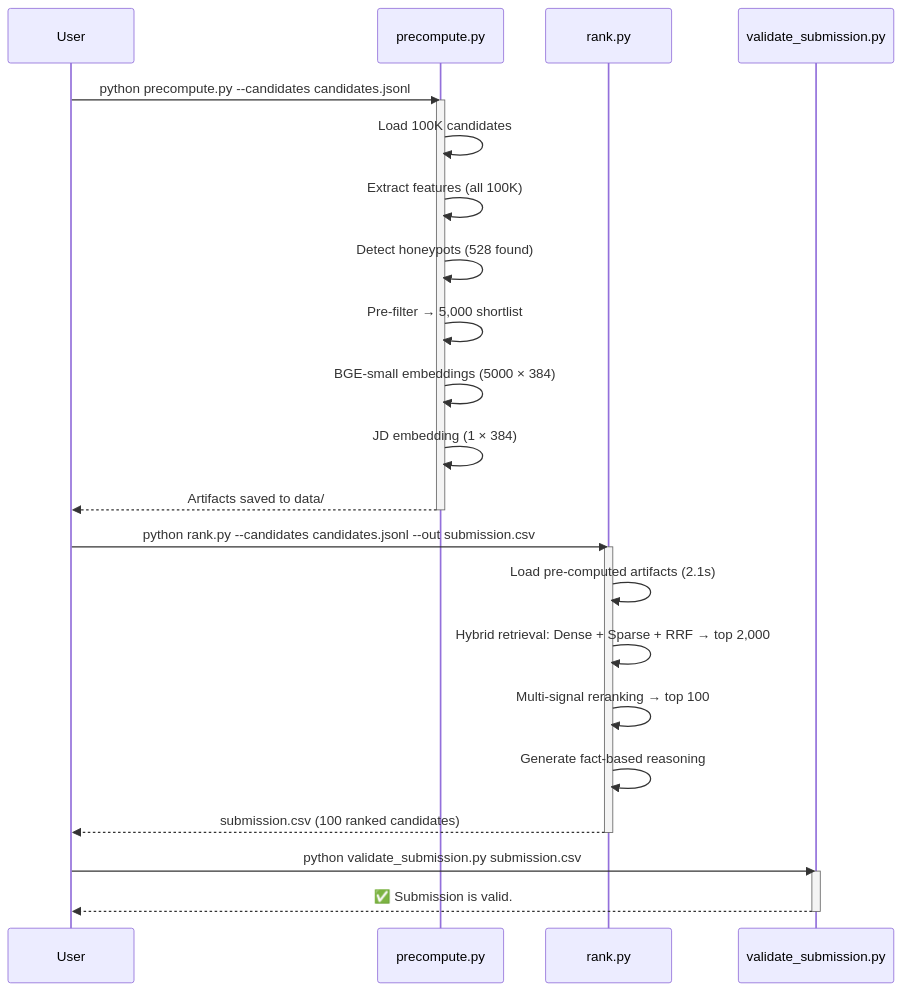
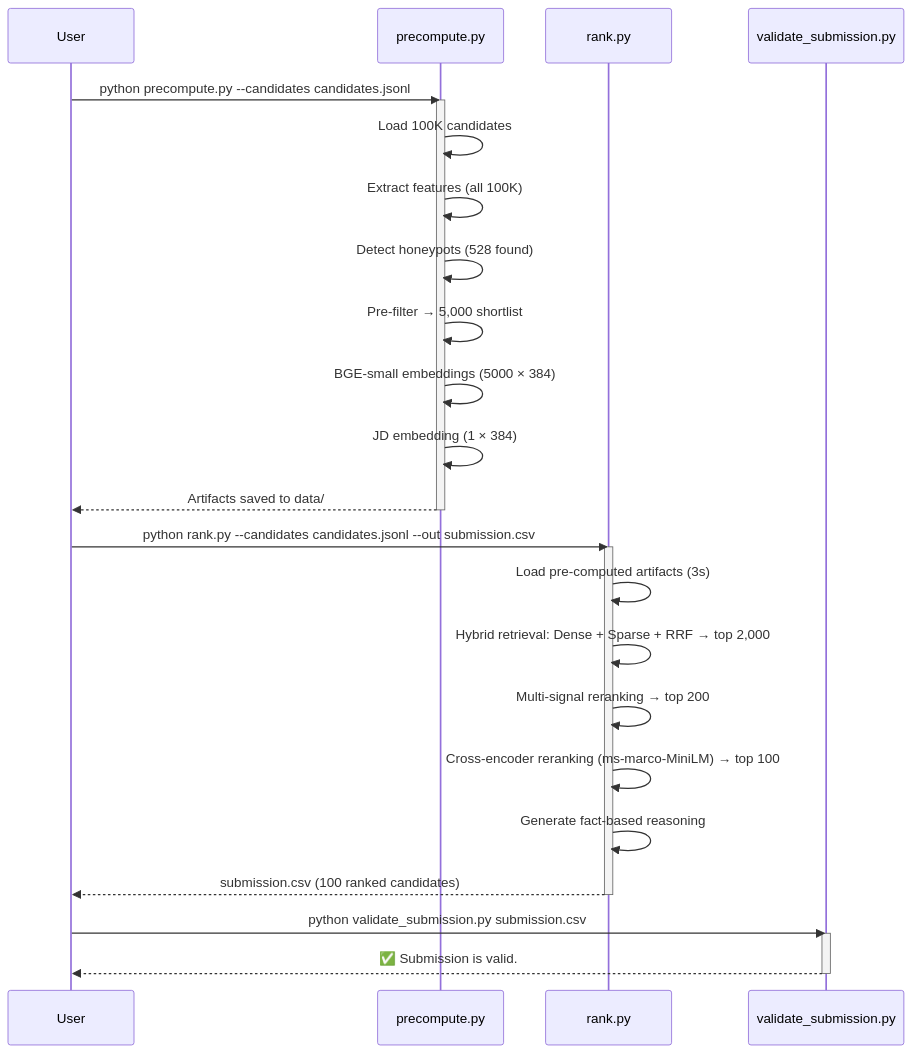
Before and after one commit to Yashraj0906/Intelligent-Candidate-Ranking-System: the fifth of 5 diagrams in README.md, drawn with Mermaid. The commit also changed other lines of this file, not shown here.

Commit message:
docs: add live demo results, HuggingFace link, cross-encoder details to README

````diff
--- a/README.md
+++ b/README.md
@@ -358,32 +388,33 @@
 ```mermaid
 sequenceDiagram
     participant U as User
     participant PC as precompute.py
     participant R as rank.py
     participant V as validate_submission.py
     
     U->>PC: python precompute.py --candidates candidates.jsonl
     activate PC
     PC->>PC: Load 100K candidates
     PC->>PC: Extract features (all 100K)
     PC->>PC: Detect honeypots (528 found)
     PC->>PC: Pre-filter → 5,000 shortlist
     PC->>PC: BGE-small embeddings (5000 × 384)
     PC->>PC: JD embedding (1 × 384)
     PC-->>U: Artifacts saved to data/
     deactivate PC
     
     U->>R: python rank.py --candidates candidates.jsonl --out submission.csv
     activate R
-    R->>R: Load pre-computed artifacts (2.1s)
+    R->>R: Load pre-computed artifacts (3s)
     R->>R: Hybrid retrieval: Dense + Sparse + RRF → top 2,000
-    R->>R: Multi-signal reranking → top 100
+    R->>R: Multi-signal reranking → top 200
+    R->>R: Cross-encoder reranking (ms-marco-MiniLM) → top 100
     R->>R: Generate fact-based reasoning
     R-->>U: submission.csv (100 ranked candidates)
     deactivate R
     
     U->>V: python validate_submission.py submission.csv
     activate V
     V-->>U: ✅ Submission is valid.
     deactivate V
 ```
````
